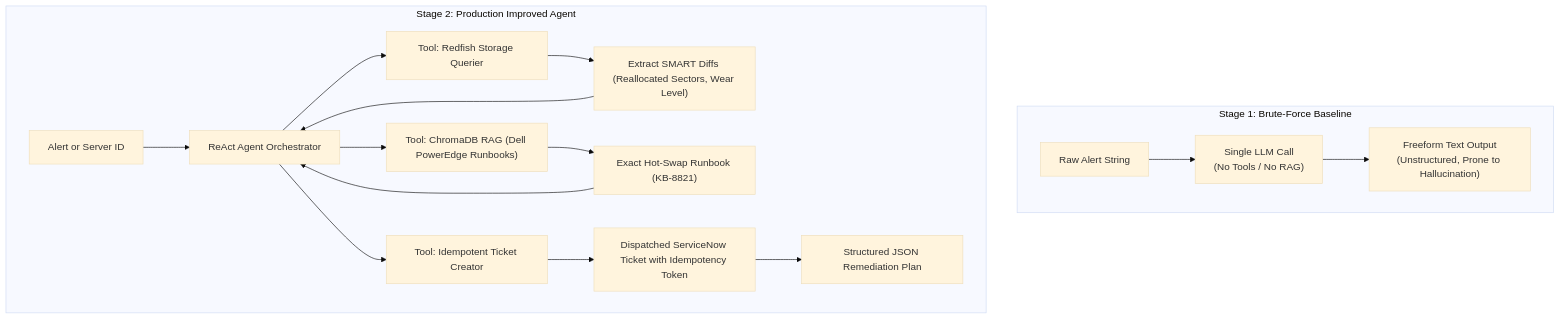
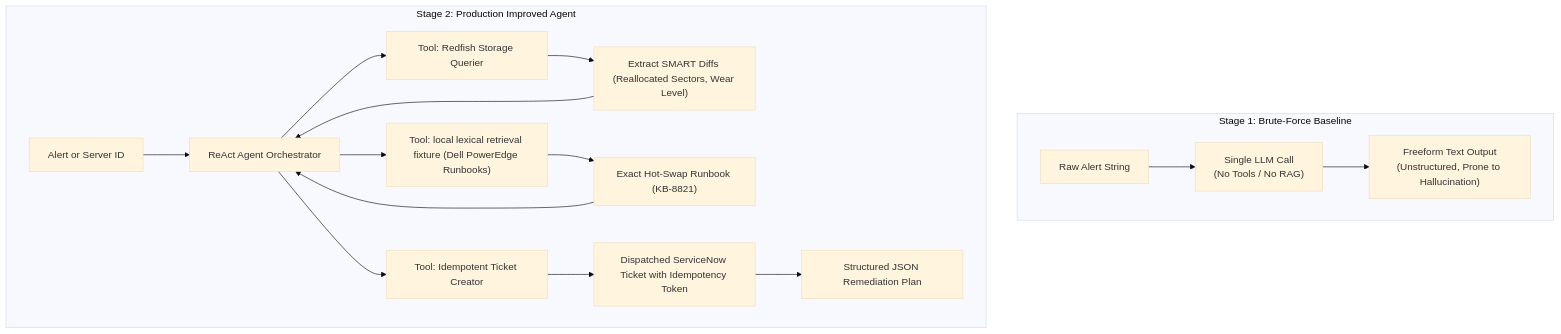
Before and after one commit to jpnaidu07/agentic-ai-blueprint: the diagram in problems/problem-ome-disk-health.md, drawn with Mermaid (base theme). The commit also changed other lines of this file and 123 other files, not shown here.

````diff
--- a/problems/problem-ome-disk-health.md
+++ b/problems/problem-ome-disk-health.md
@@ -12,20 +12,20 @@
 ```mermaid
 graph TD
     subgraph "Stage 1: Brute-Force Baseline"
         BF_Input["Raw Alert String"] --> BF_LLM["Single LLM Call\n(No Tools / No RAG)"]
         BF_LLM --> BF_Output["Freeform Text Output\n(Unstructured, Prone to Hallucination)"]
     end
 
     subgraph "Stage 2: Production Improved Agent"
         IMP_Input["Alert or Server ID"] --> IMP_Orch["ReAct Agent Orchestrator"]
         IMP_Orch --> T1["Tool: Redfish Storage Querier"]
         T1 --> D1["Extract SMART Diffs (Reallocated Sectors, Wear Level)"]
         D1 --> IMP_Orch
-        IMP_Orch --> T2["Tool: ChromaDB RAG (Dell PowerEdge Runbooks)"]
+        IMP_Orch --> T2["Tool: local lexical retrieval fixture (Dell PowerEdge Runbooks)"]
         T2 --> D2["Exact Hot-Swap Runbook (KB-8821)"]
         D2 --> IMP_Orch
         IMP_Orch --> T3["Tool: Idempotent Ticket Creator"]
         T3 --> D3["Dispatched ServiceNow Ticket with Idempotency Token"]
         D3 --> IMP_Output["Structured JSON Remediation Plan"]
     end
 ```
````
